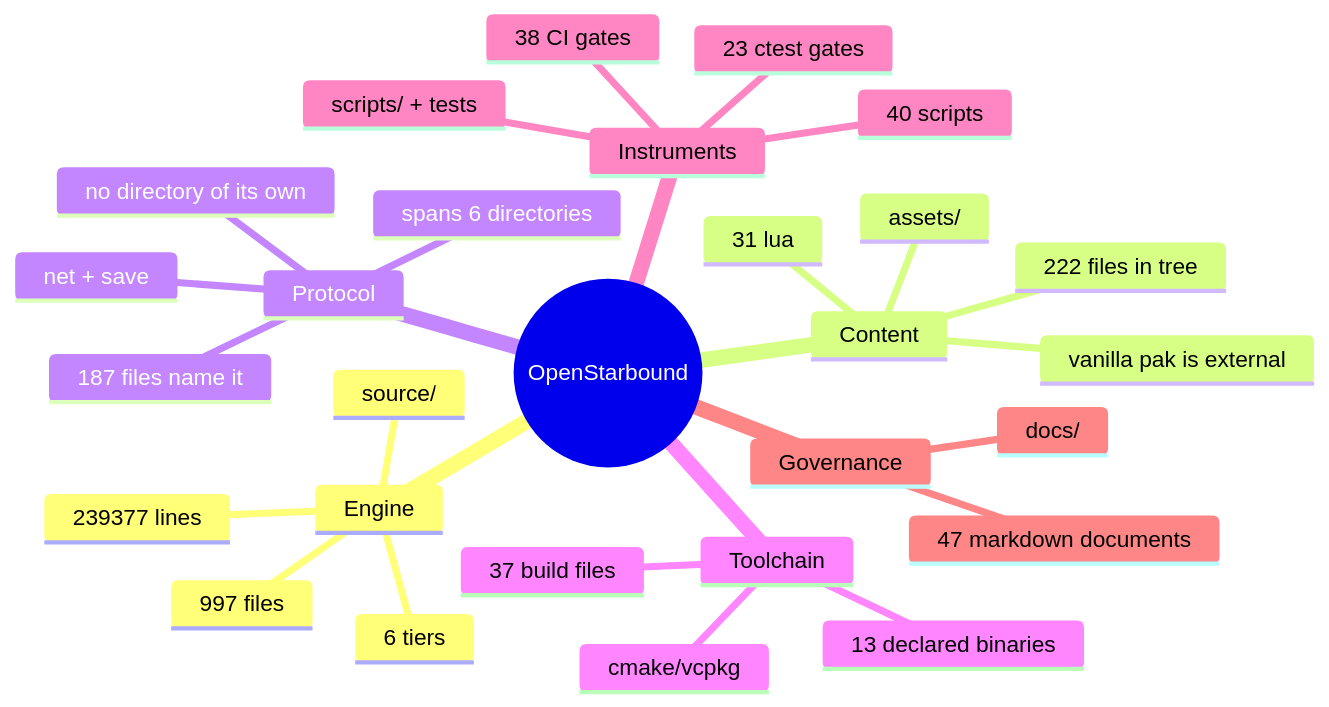
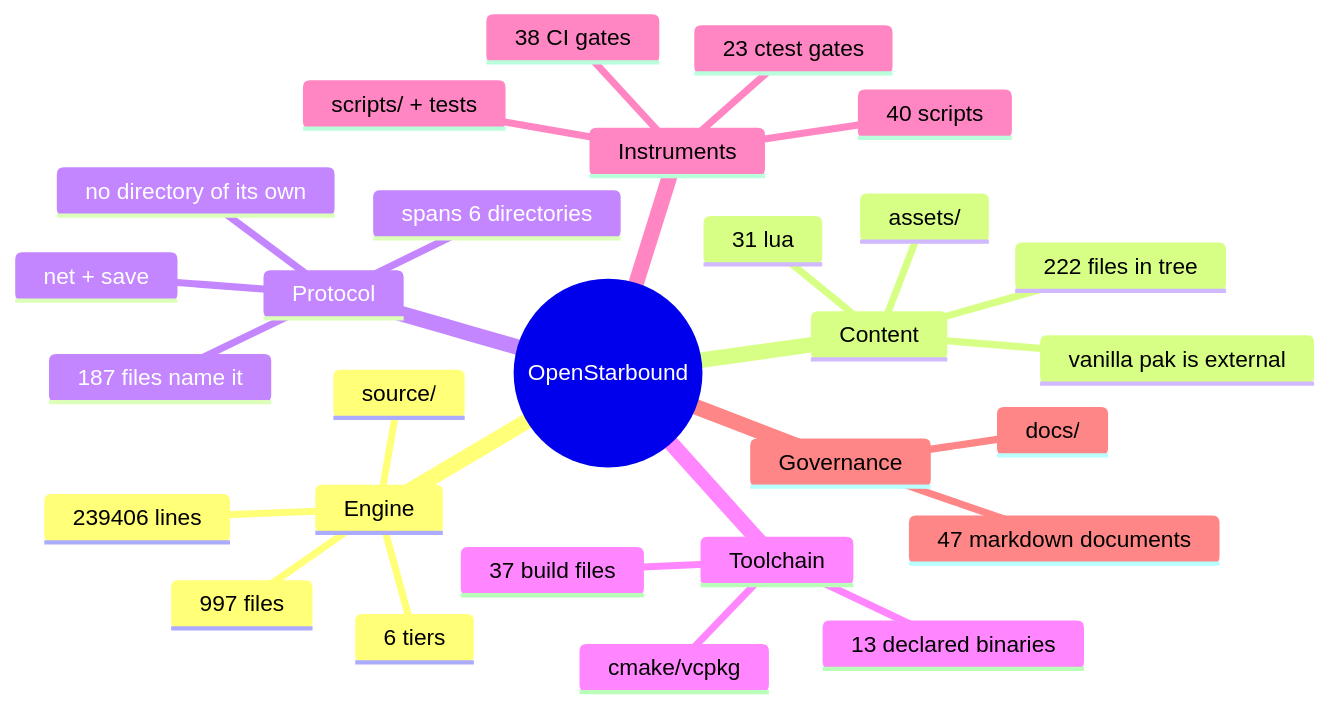
The second of 11 diagrams in docs/architecture/system-boundaries.md (apnex/OpenStarbound), drawn with Mermaid before and after one commit. The commit also changed other lines of this file and 4 other files, not shown here.

````diff
--- a/docs/architecture/system-boundaries.md
+++ b/docs/architecture/system-boundaries.md
@@ -166,31 +166,31 @@
 ```mermaid
 mindmap
   root((OpenStarbound))
     Engine
       source/
       997 files
-      239377 lines
+      239406 lines
       6 tiers
     Content
       assets/
       222 files in tree
       31 lua
       vanilla pak is external
     Protocol
       net + save
       187 files name it
       spans 6 directories
       no directory of its own
     Toolchain
       cmake/vcpkg
       37 build files
       13 declared binaries
     Instruments
       scripts/ + tests
       40 scripts
       23 ctest gates
       38 CI gates
     Governance
       docs/
       47 markdown documents
 ```
````
